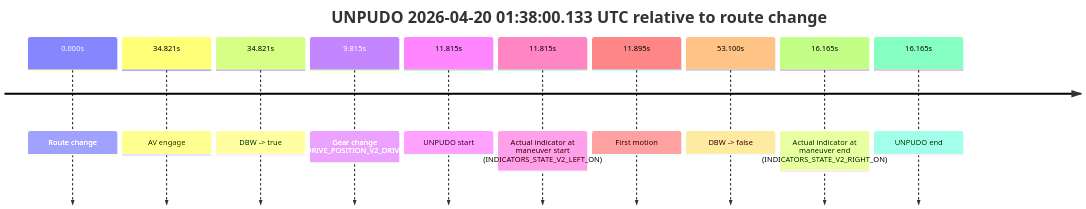
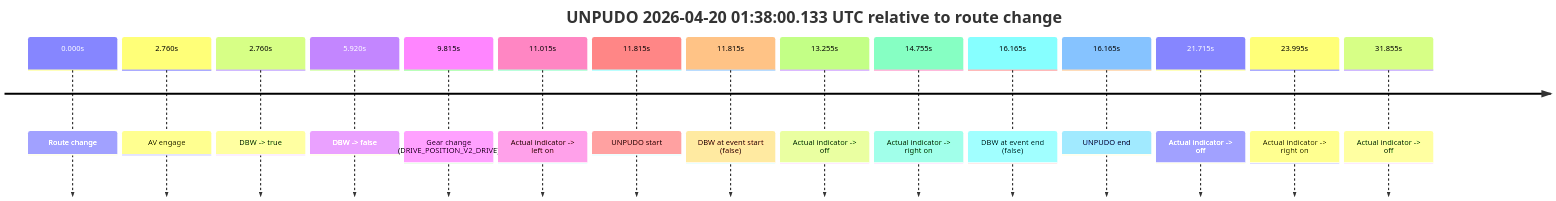
The second of 6 diagrams in model_analysis/report_cards/2026/04/Week-4/fme10011--2026-04-20--00-29-23--gen2-av-1baf6607-6545-4bd8-bb68-9244ef94cc2a.md (yoelshapiro/vault), drawn with Mermaid before and after one commit. The commit also changed other lines of this file and 85 other files, not shown here.

````diff
--- a/model_analysis/report_cards/2026/04/Week-4/fme10011--2026-04-20--00-29-23--gen2-av-1baf6607-6545-4bd8-bb68-9244ef94cc2a.md
+++ b/model_analysis/report_cards/2026/04/Week-4/fme10011--2026-04-20--00-29-23--gen2-av-1baf6607-6545-4bd8-bb68-9244ef94cc2a.md
@@ -129,14 +151,19 @@
 ```mermaid
 timeline
     title UNPUDO 2026-04-20 01:38:00.133 UTC relative to route change
     0.000s : Route change
-    34.821s : AV engage
-    34.821s : DBW -> true
+    2.760s : AV engage
+    2.760s : DBW -> true
+    5.920s : DBW -> false
     9.815s : Gear change (DRIVE_POSITION_V2_DRIVE)
+    11.015s : Actual indicator -> left on
     11.815s : UNPUDO start
-    11.815s : Actual indicator at maneuver start (INDICATORS_STATE_V2_LEFT_ON)
-    11.895s : First motion
-    53.100s : DBW -> false
-    16.165s : Actual indicator at maneuver end (INDICATORS_STATE_V2_RIGHT_ON)
+    11.815s : DBW at event start (false)
+    13.255s : Actual indicator -> off
+    14.755s : Actual indicator -> right on
+    16.165s : DBW at event end (false)
     16.165s : UNPUDO end
+    21.715s : Actual indicator -> off
+    23.995s : Actual indicator -> right on
+    31.855s : Actual indicator -> off
 ```
````
